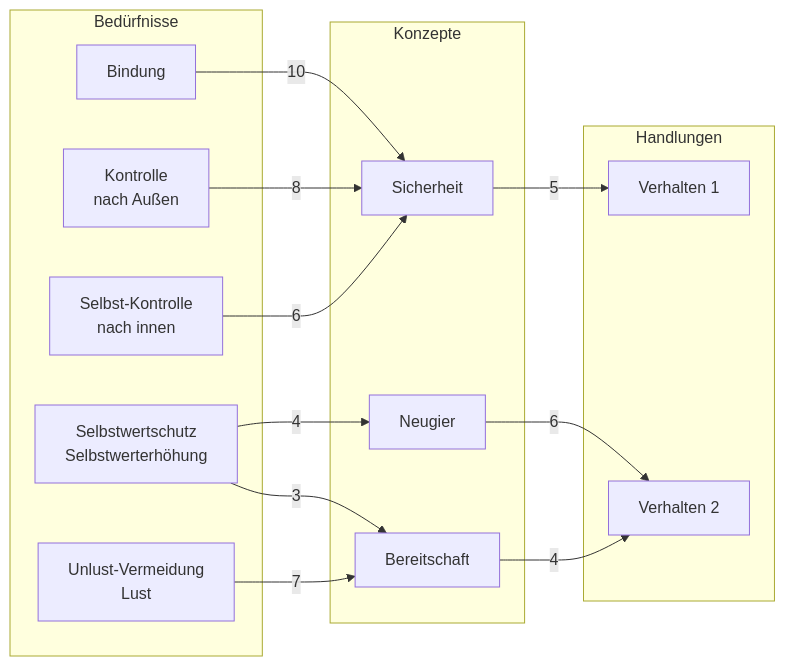
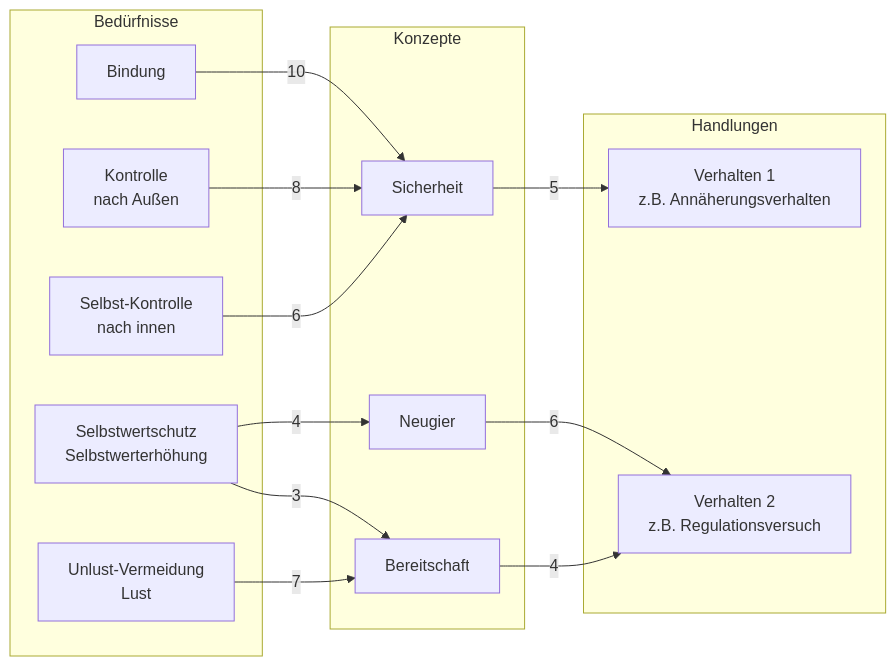
The first of 2 diagrams in Pädagogische Psychologie/Bedürfnis.md (jochen-hanisch/research), drawn with Mermaid before and after one commit. The commit also changed other lines of this file, not shown here.

````diff
--- a/Pädagogische Psychologie/Bedürfnis.md
+++ b/Pädagogische Psychologie/Bedürfnis.md
@@ -122,33 +132,33 @@
 ```mermaid
 flowchart LR
     subgraph Bedürfnisse
         A1[Bindung]
         A2[Kontrolle<br>nach Außen]
         A3[Selbst-Kontrolle<br>nach innen]
         A4[Selbstwertschutz<br>Selbstwerterhöhung]
         A5[Unlust-Vermeidung<br>Lust]
     end
     
     subgraph Konzepte
         B1[Sicherheit]
         B2[Neugier]
         B3[Bereitschaft]
     end
     
     subgraph Handlungen
-        C1[Verhalten 1]
-        C2[Verhalten 2]
+        C1[Verhalten 1<br>z.B. Annäherungsverhalten]
+        C2[Verhalten 2<br>z.B. Regulationsversuch]
     end
 
     A1 -- 10 --> B1
     A2 -- 8 --> B1
     A3 -- 6 --> B1
     A4 -- 4 --> B2
     A4 -- 3 --> B3
     A5 -- 7 --> B3
 
     B1 -- 5 --> C1
     B2 -- 6 --> C2
     B3 -- 4 --> C2
 
 ```
````
